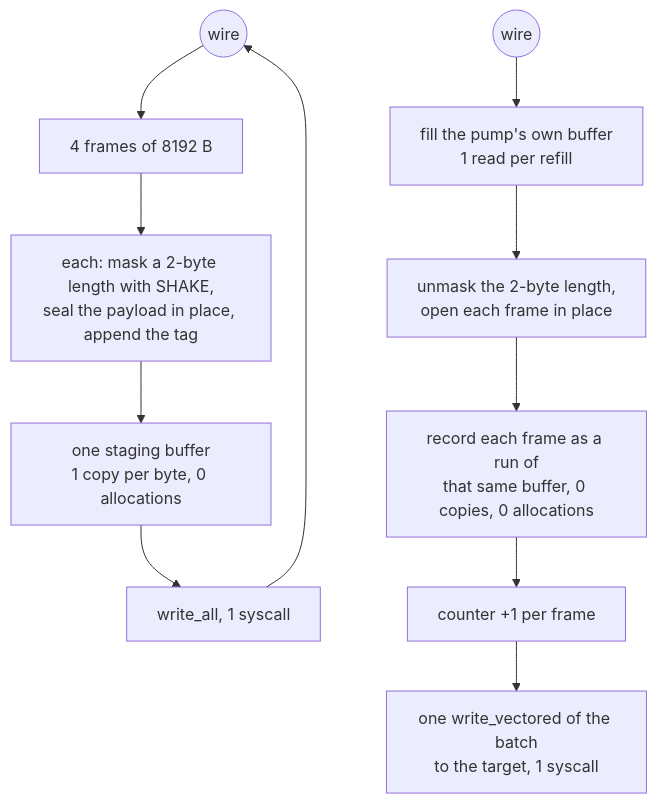
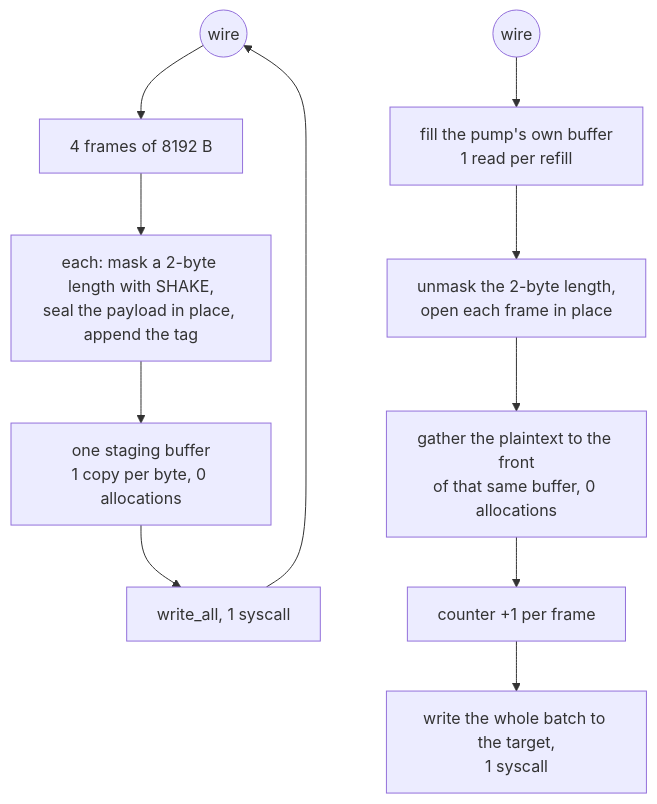
The diagram in docs/function/vmess.md (Ferrocite/ferrox), drawn with Mermaid before and after one commit. The commit also changed other lines of this file and 2 other files, not shown here.

First line of the commit message:
vmess: put the batch's gather back, four runs of a buffer cost more kernel than the copy

````diff
--- a/docs/function/vmess.md
+++ b/docs/function/vmess.md
@@ -32,13 +32,13 @@
 ```mermaid
 graph TD
     W["plaintext read, 32 KiB"] --> W1["4 frames of 8192 B"]
     W1 --> W2["each: mask a 2-byte length with SHAKE,<br/>seal the payload in place, append the tag"]
     W2 --> W3["one staging buffer<br/>1 copy per byte, 0 allocations"]
     W3 --> W4["write_all, 1 syscall"]
     W4 --> W(("wire"))
     R(("wire")) --> R1["fill the pump's own buffer<br/>1 read per refill"]
     R1 --> R2["unmask the 2-byte length,<br/>open each frame in place"]
-    R2 --> R3["record each frame as a run of<br/>that same buffer, 0 copies, 0 allocations"]
+    R2 --> R3["gather the plaintext to the front<br/>of that same buffer, 0 allocations"]
     R3 --> R4["counter +1 per frame"]
-    R4 --> R5["one write_vectored of the batch<br/>to the target, 1 syscall"]
+    R4 --> R5["write the whole batch to the target,<br/>1 syscall"]
 ```
````
